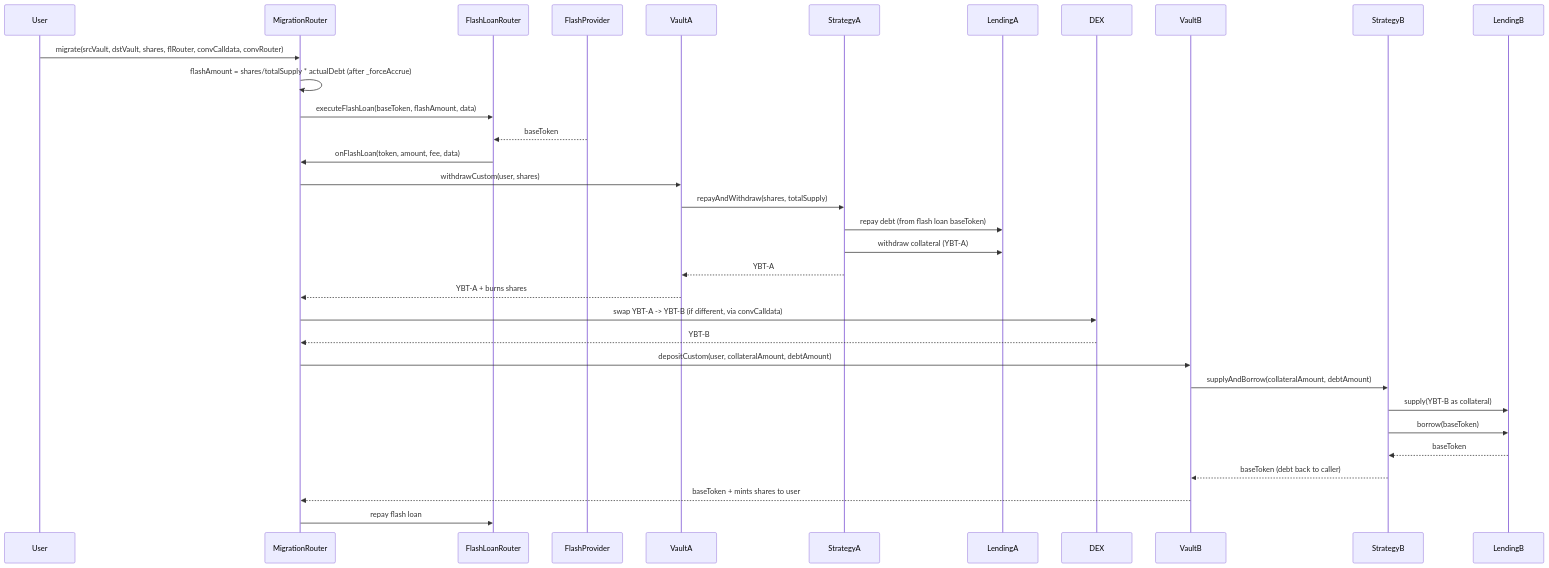
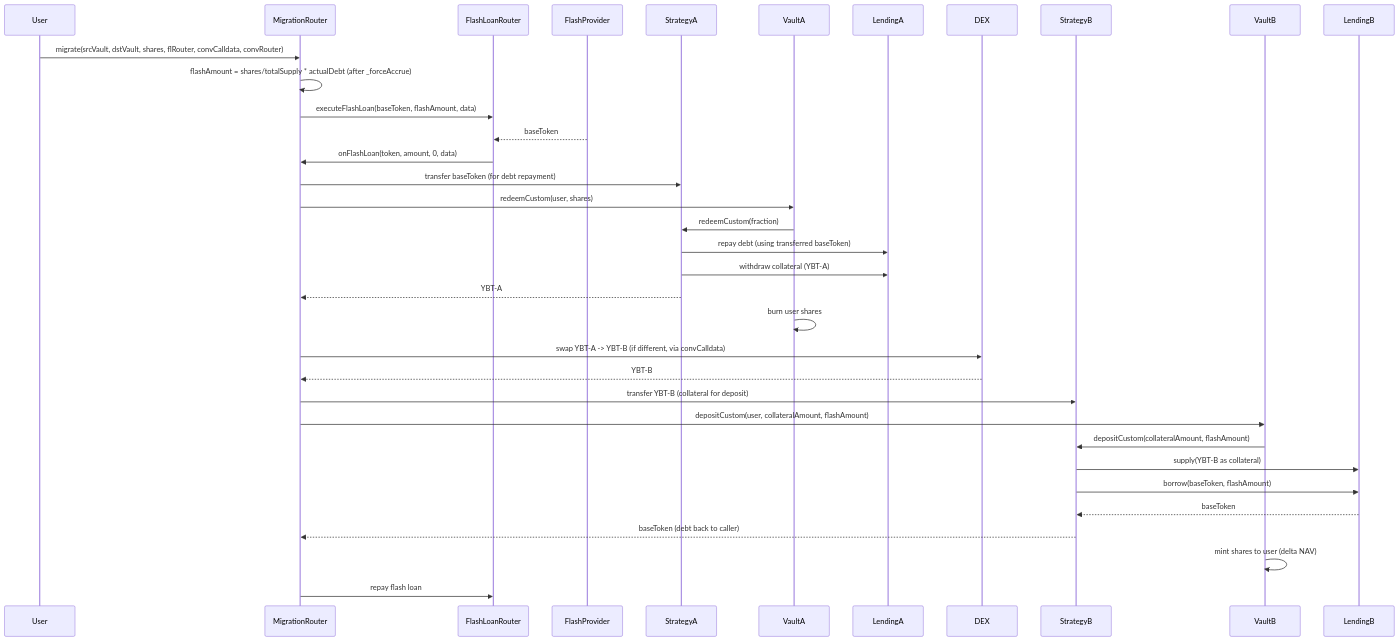
One commit to evgenynacu/leverage-vaults changed the fifth of 8 diagrams in docs/architecture/token-flows.md. Above: the diagram before and after it, drawn with Mermaid. The commit also changed other lines of this file and 10 other files, not shown here.

````diff
--- a/docs/architecture/token-flows.md
+++ b/docs/architecture/token-flows.md
@@ -86,24 +87,26 @@
 ```mermaid
 sequenceDiagram
     User->>MigrationRouter: migrate(srcVault, dstVault, shares, flRouter, convCalldata, convRouter)
     MigrationRouter->>MigrationRouter: flashAmount = shares/totalSupply * actualDebt (after _forceAccrue)
     MigrationRouter->>FlashLoanRouter: executeFlashLoan(baseToken, flashAmount, data)
     FlashProvider-->>FlashLoanRouter: baseToken
-    FlashLoanRouter->>MigrationRouter: onFlashLoan(token, amount, fee, data)
-    MigrationRouter->>VaultA: withdrawCustom(user, shares)
-    VaultA->>StrategyA: repayAndWithdraw(shares, totalSupply)
-    StrategyA->>LendingA: repay debt (from flash loan baseToken)
+    FlashLoanRouter->>MigrationRouter: onFlashLoan(token, amount, 0, data)
+    MigrationRouter->>StrategyA: transfer baseToken (for debt repayment)
+    MigrationRouter->>VaultA: redeemCustom(user, shares)
+    VaultA->>StrategyA: redeemCustom(fraction)
+    StrategyA->>LendingA: repay debt (using transferred baseToken)
     StrategyA->>LendingA: withdraw collateral (YBT-A)
-    StrategyA-->>VaultA: YBT-A
-    VaultA-->>MigrationRouter: YBT-A + burns shares
+    StrategyA-->>MigrationRouter: YBT-A
+    VaultA->>VaultA: burn user shares
     MigrationRouter->>DEX: swap YBT-A -> YBT-B (if different, via convCalldata)
     DEX-->>MigrationRouter: YBT-B
-    MigrationRouter->>VaultB: depositCustom(user, collateralAmount, debtAmount)
-    VaultB->>StrategyB: supplyAndBorrow(collateralAmount, debtAmount)
+    MigrationRouter->>StrategyB: transfer YBT-B (collateral for deposit)
+    MigrationRouter->>VaultB: depositCustom(user, collateralAmount, flashAmount)
+    VaultB->>StrategyB: depositCustom(collateralAmount, flashAmount)
     StrategyB->>LendingB: supply(YBT-B as collateral)
-    StrategyB->>LendingB: borrow(baseToken)
+    StrategyB->>LendingB: borrow(baseToken, flashAmount)
     LendingB-->>StrategyB: baseToken
-    StrategyB-->>VaultB: baseToken (debt back to caller)
-    VaultB-->>MigrationRouter: baseToken + mints shares to user
+    StrategyB-->>MigrationRouter: baseToken (debt back to caller)
+    VaultB->>VaultB: mint shares to user (delta NAV)
     MigrationRouter->>FlashLoanRouter: repay flash loan
 ```
````
